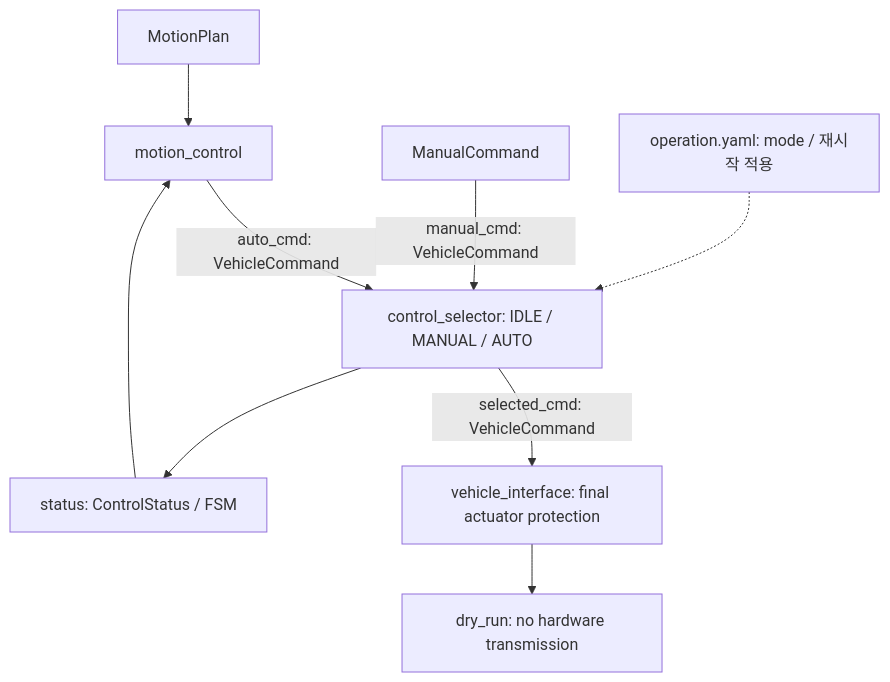
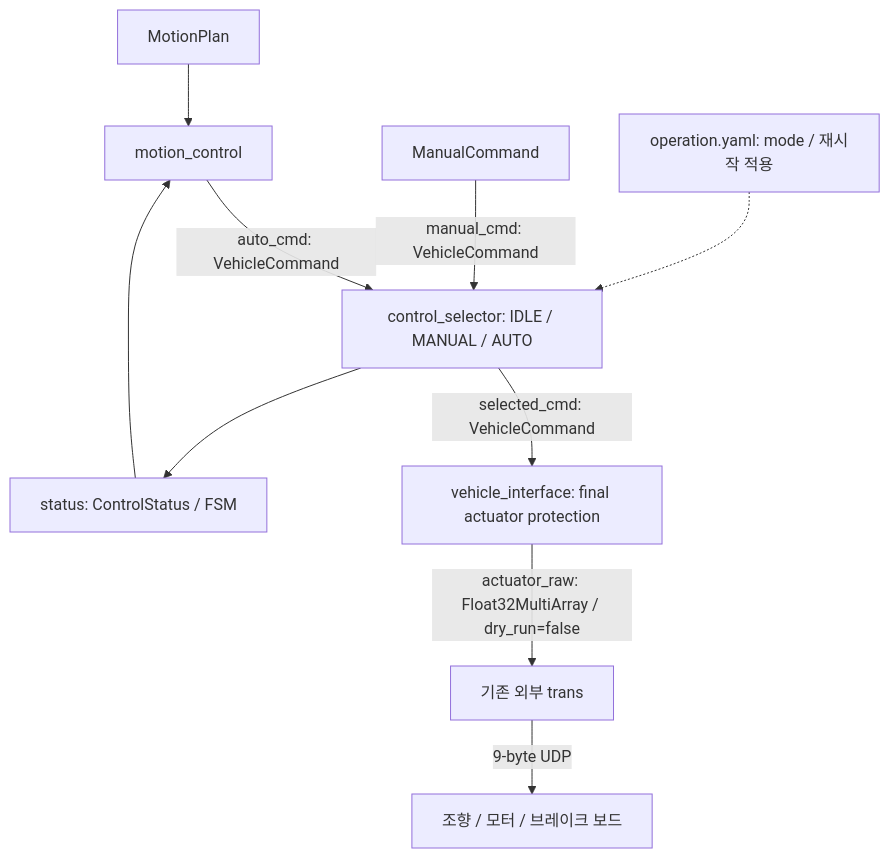
Before and after one commit to planta223/control_manager: the diagram in doc/command_path.md, drawn with Mermaid. The commit also changed other lines of this file and 14 other files, not shown here.

````diff
--- a/doc/command_path.md
+++ b/doc/command_path.md
@@ -6,11 +6,12 @@
 ```mermaid
 flowchart TD
   MP[MotionPlan] --> MC[motion_control]
   MC -->|auto_cmd: VehicleCommand| CS[control_selector: IDLE / MANUAL / AUTO]
   MAN[ManualCommand] -->|manual_cmd: VehicleCommand| CS
   MODE[operation.yaml: mode / 재시작 적용] -.-> CS
   CS -->|selected_cmd: VehicleCommand| VI[vehicle_interface: final actuator protection]
-  VI --> DRY[dry_run: no hardware transmission]
+  VI -->|actuator_raw: Float32MultiArray / dry_run=false| TX[기존 외부 trans]
+  TX -->|9-byte UDP| BOARDS[조향 / 모터 / 브레이크 보드]
   CS --> ST[status: ControlStatus / FSM]
   ST --> MC
 ```
````
